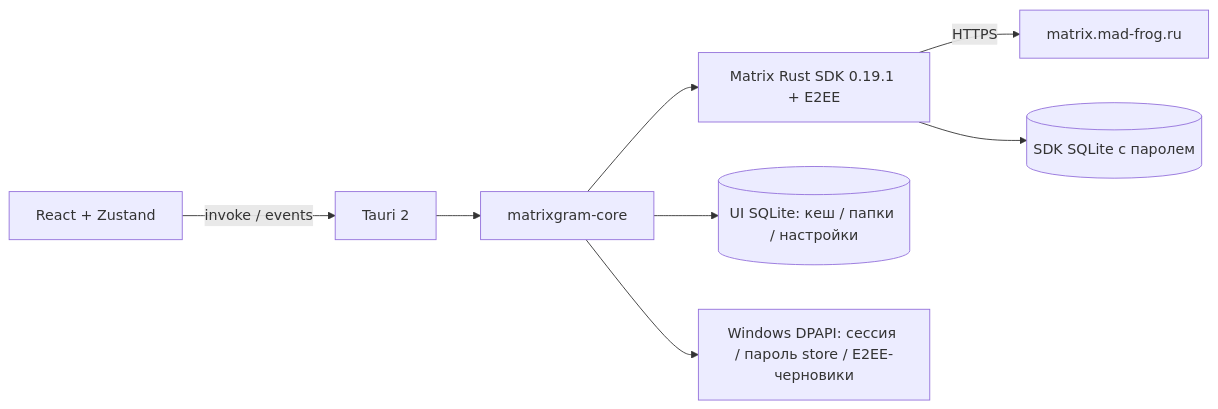
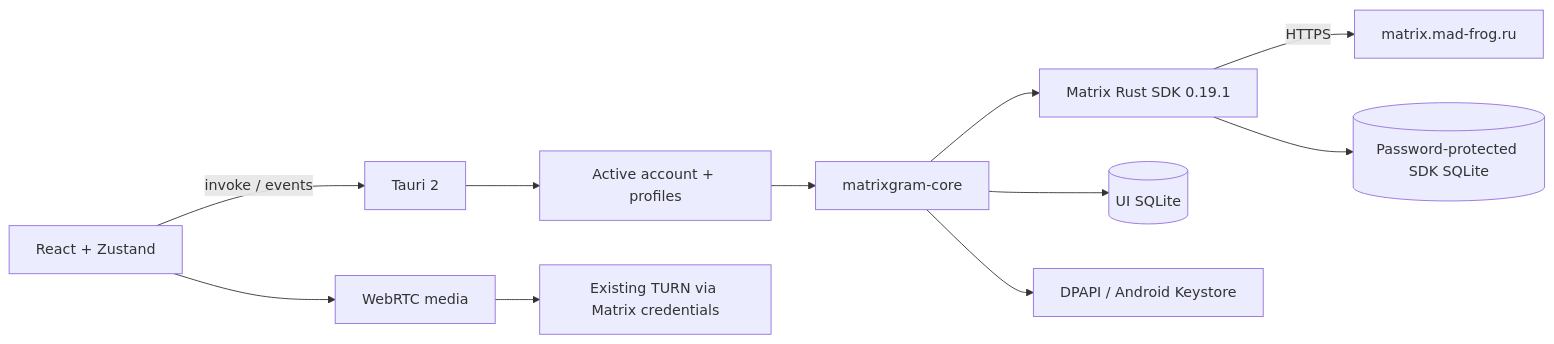
The diagram in docs/ARCHITECTURE.md (VirusGrip/MatrixGram), drawn with Mermaid before and after one commit. The commit also changed other lines of this file and 50 other files, not shown here.

Commit message:
Expand MatrixGram 0.4.0 with media, rooms, accounts and WebRTC

````diff
--- a/docs/ARCHITECTURE.md
+++ b/docs/ARCHITECTURE.md
@@ -3,10 +3,13 @@
 ```mermaid
 flowchart LR
   UI[React + Zustand] -->|invoke / events| IPC[Tauri 2]
-  IPC --> Core[matrixgram-core]
-  Core --> SDK[Matrix Rust SDK 0.19.1 + E2EE]
+  IPC --> Profiles[Active account + profiles]
+  Profiles --> Core[matrixgram-core]
+  Core --> SDK[Matrix Rust SDK 0.19.1]
   SDK -->|HTTPS| Synapse[matrix.mad-frog.ru]
-  SDK --> Store[(SDK SQLite с паролем)]
-  Core --> Cache[(UI SQLite: кеш / папки / настройки)]
-  Core --> DPAPI[Windows DPAPI: сессия / пароль store / E2EE-черновики]
+  SDK --> Store[(Password-protected SDK SQLite)]
+  Core --> Cache[(UI SQLite)]
+  Core --> Vault[DPAPI / Android Keystore]
+  UI --> RTC[WebRTC media]
+  RTC --> TURN[Existing TURN via Matrix credentials]
 ```
````
